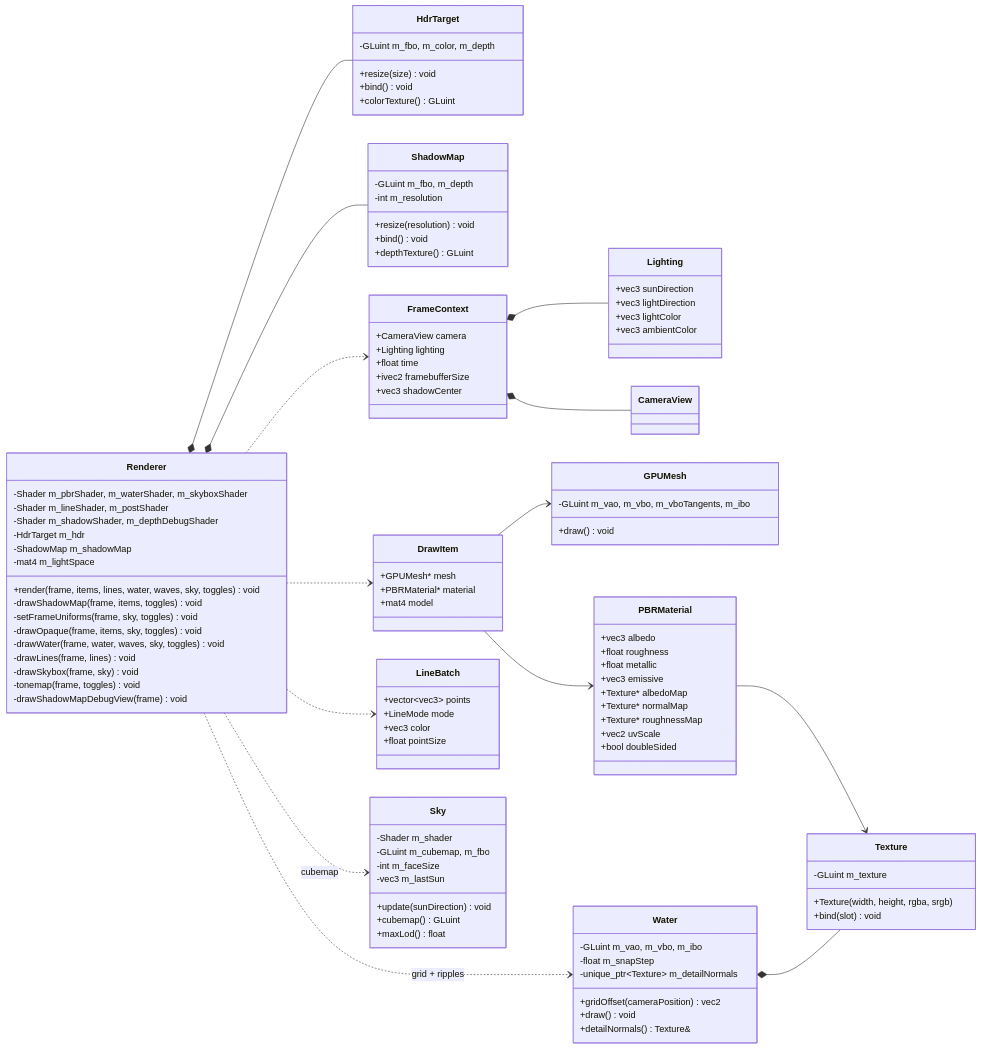
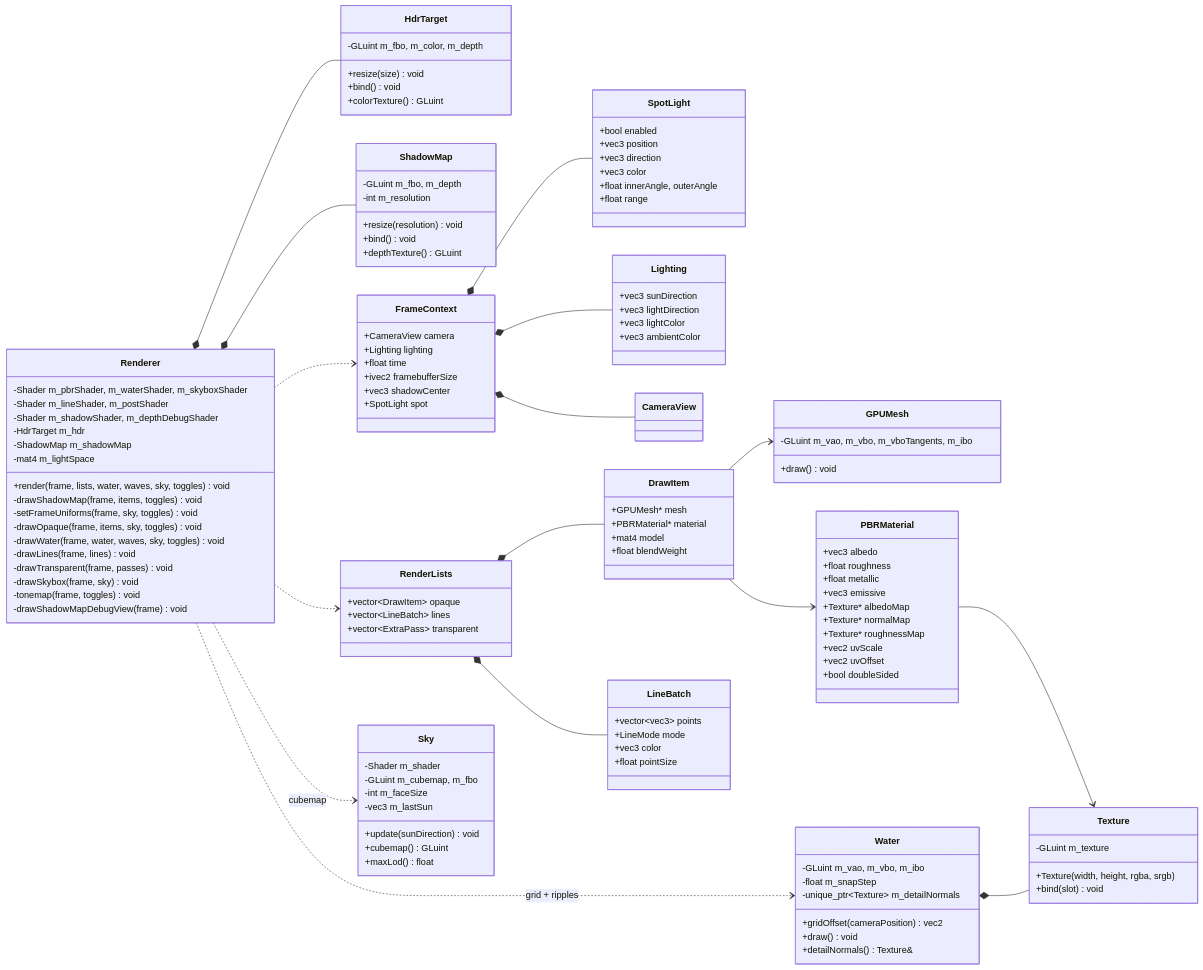
One commit to groundbeeflover/sailboat-tech-demo changed the third of 11 diagrams in docs/ARCHITECTURE.md. Above: the diagram before and after it, drawn with Mermaid. The commit also changed other lines of this file and 13 other files, not shown here.

```diff
--- a/docs/ARCHITECTURE.md
+++ b/docs/ARCHITECTURE.md
@@ -343,12 +346,13 @@
         -HdrTarget m_hdr
         -ShadowMap m_shadowMap
         -mat4 m_lightSpace
-        +render(frame, items, lines, water, waves, sky, toggles) void
+        +render(frame, lists, water, waves, sky, toggles) void
         -drawShadowMap(frame, items, toggles) void
         -setFrameUniforms(frame, sky, toggles) void
         -drawOpaque(frame, items, sky, toggles) void
         -drawWater(frame, water, waves, sky, toggles) void
         -drawLines(frame, lines) void
+        -drawTransparent(frame, passes) void
         -drawSkybox(frame, sky) void
         -tonemap(frame, toggles) void
         -drawShadowMapDebugView(frame) void
@@ -360,6 +364,22 @@
         +float time
         +ivec2 framebufferSize
         +vec3 shadowCenter
+        +SpotLight spot
+    }
+
+    class SpotLight {
+        +bool enabled
+        +vec3 position
+        +vec3 direction
+        +vec3 color
+        +float innerAngle, outerAngle
+        +float range
+    }
+
+    class RenderLists {
+        +vector~DrawItem~ opaque
+        +vector~LineBatch~ lines
+        +vector~ExtraPass~ transparent
     }
 
     class Lighting {
@@ -407,6 +427,7 @@
         +GPUMesh* mesh
         +PBRMaterial* material
         +mat4 model
+        +float blendWeight
     }
 
     class PBRMaterial {
@@ -418,6 +439,7 @@
         +Texture* normalMap
         +Texture* roughnessMap
         +vec2 uvScale
+        +vec2 uvOffset
         +bool doubleSided
     }
 
@@ -442,8 +464,10 @@
     Renderer *-- HdrTarget
     Renderer *-- ShadowMap
     Renderer ..> FrameContext
-    Renderer ..> DrawItem
-    Renderer ..> LineBatch
+    Renderer ..> RenderLists
+    RenderLists *-- DrawItem
+    RenderLists *-- LineBatch
+    FrameContext *-- SpotLight
     Renderer ..> Sky : cubemap
     Renderer ..> Water : grid + ripples
     FrameContext *-- Lighting
```
